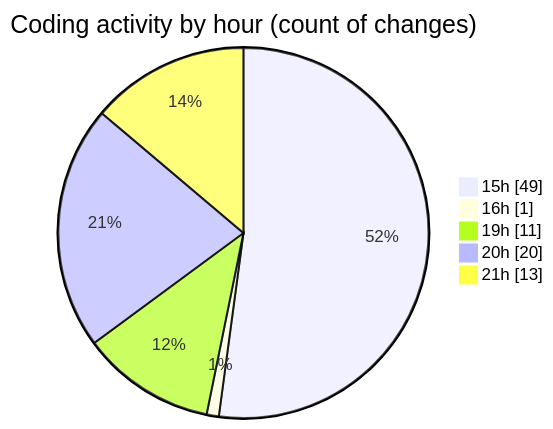
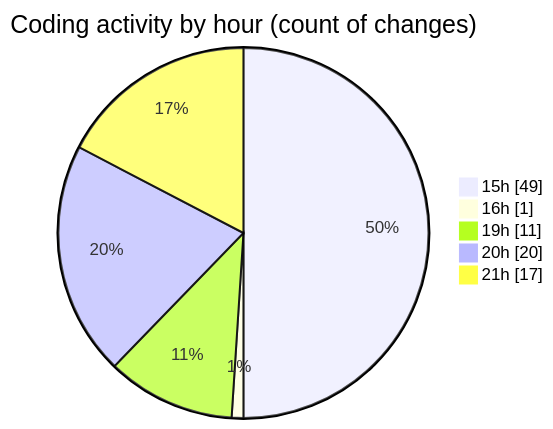
One commit to Elitesun/code-tracking changed the second of 2 diagrams in 2025-04-07/sungpt/README.md. Above: the diagram before and after it, drawn with Mermaid. The commit also changed other lines of this file and 1 other file, not shown here.

````diff
--- a/2025-04-07/sungpt/README.md
+++ b/2025-04-07/sungpt/README.md
@@ -38,9 +39,9 @@
 ```mermaid
 pie showData
 title Coding activity by hour (count of changes)
 "15h" : 49
 "16h" : 1
 "19h" : 11
 "20h" : 20
-"21h" : 13
+"21h" : 17
 ```
````
